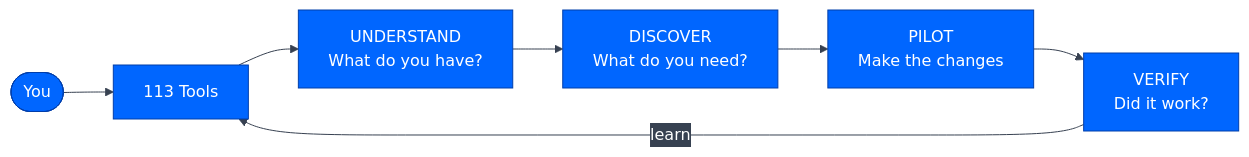
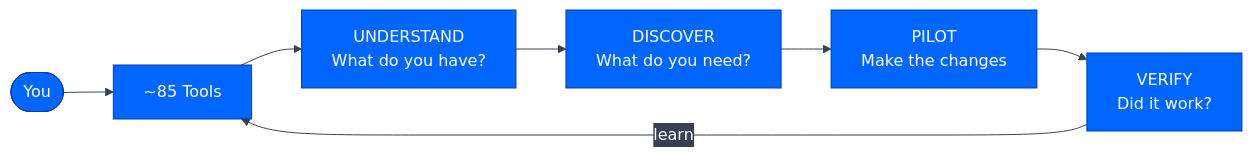
Before and after one commit to JosephOIbrahim/Comfy-Cozy: the sixth of 26 diagrams in README.md, drawn with Mermaid. The commit also changed other lines of this file and 1 other file, not shown here.

````diff
--- a/README.md
+++ b/README.md
@@ -407,10 +407,10 @@
 ```mermaid
 %%{init: {'theme':'base','themeVariables': {'primaryColor':'#0066FF','primaryTextColor':'#ffffff','primaryBorderColor':'#003eaa','lineColor':'#374151','secondaryColor':'#374151','tertiaryColor':'#1f2937','fontFamily':'monospace'}}}%%
 graph LR
-    You([You]) --> Agent[113 Tools]
+    You([You]) --> Agent[~85 Tools]
     Agent --> Understand[UNDERSTAND<br/>What do you have?]
     Understand --> Discover[DISCOVER<br/>What do you need?]
     Discover --> Pilot[PILOT<br/>Make the changes]
     Pilot --> Verify[VERIFY<br/>Did it work?]
     Verify -->|learn| Agent
 ```
````
